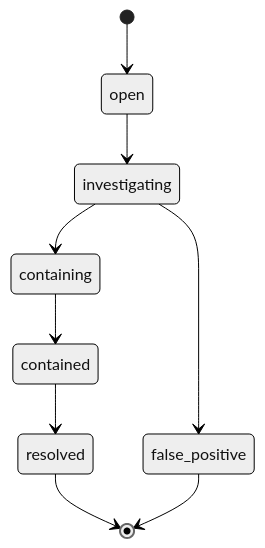
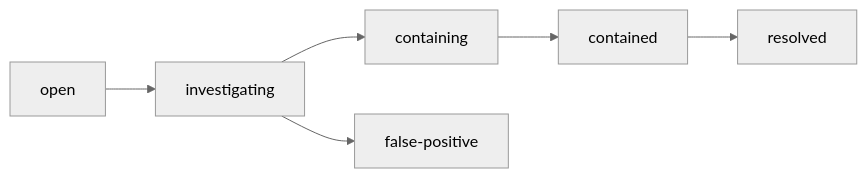
Before and after one commit to naveen-kumar-2k5/ZERO: the second of 2 diagrams in README.md, drawn with Mermaid (neutral theme). The commit also changed other lines of this file, not shown here.

````diff
--- a/README.md
+++ b/README.md
@@ -236,11 +236,8 @@
 ```mermaid
-stateDiagram-v2
-    [*] --> open
-    open --> investigating
-    investigating --> containing
-    containing --> contained
-    contained --> resolved
-    investigating --> false_positive
-    resolved --> [*]
-    false_positive --> [*]
+flowchart LR
+    A["open"] --> B["investigating"]
+    B --> C["containing"]
+    C --> D["contained"]
+    D --> E["resolved"]
+    B --> F["false-positive"]
 ```
````
